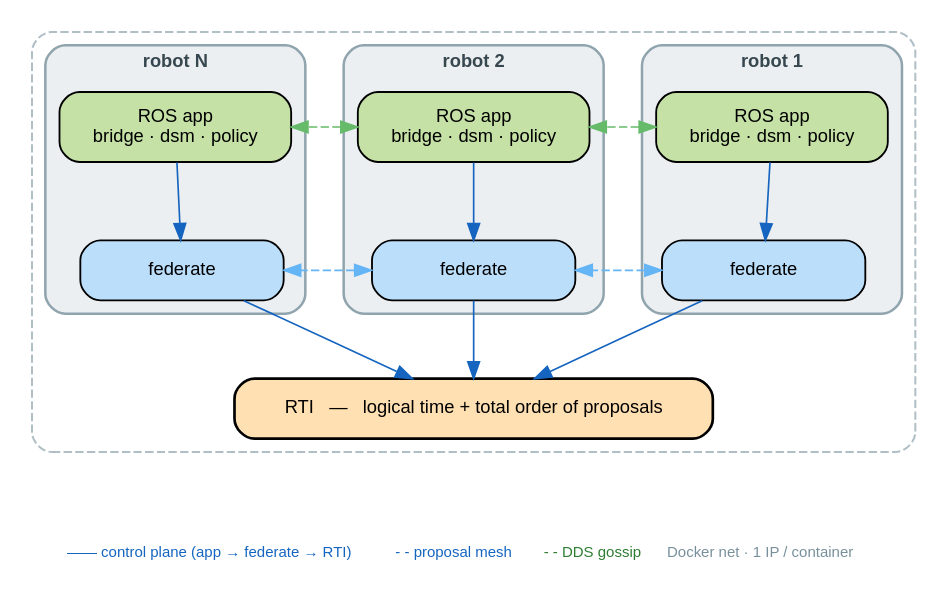
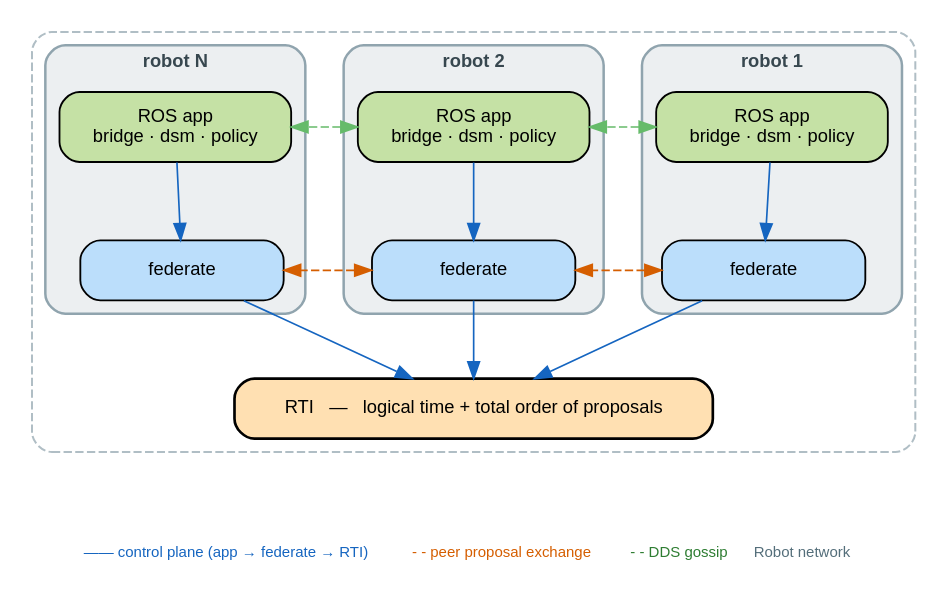
The diagram in figures/testbed/arch/architecture_system.dot (edge-inference/collabtime-testbed), drawn with Graphviz before and after one commit. The commit also changed 3 other files, not shown here.

Commit message:
Clarify testbed architecture legend

```diff
--- a/figures/testbed/arch/architecture_system.dot
+++ b/figures/testbed/arch/architecture_system.dot
@@ -1,58 +1,58 @@
 // Context-Fabric testbed — system architecture (thesis figure).
 // Each robot (ROS app + coordination-microservice federate) is a bounded box;
-// both are separate containers with their own IP on the Docker bridge "lf".
+// both are separate containers with their own IP on the robot network.
 // Layers: robot apps (top) -> federates (middle) -> RTI (bottom).
 // Render:  dot -Tpng architecture_system.dot -o architecture_system.png
 digraph testbed {
   rankdir=TB; bgcolor="white"; fontname="Helvetica";
   nodesep=0.55; ranksep=0.65; compound=true;
   node [shape=box, style="rounded,filled", fontname="Helvetica", fontsize=11, margin="0.18,0.12", penwidth=1.1, width=1.7, fixedsize=false];
   edge [fontname="Helvetica", fontsize=9, color="#546e7a"];
 
   subgraph cluster_lf {
     color="#b0bec5"; style="rounded,dashed"; penwidth=1.2; label="";
 
     subgraph cluster_r1 {
       label="robot 1"; fontname="Helvetica-Bold"; fontsize=11; fontcolor="#37474f";
       style="rounded,filled"; fillcolor="#eceff1"; color="#90a4ae"; penwidth=1.5;
       a1 [label="ROS app\nbridge · dsm · policy", fillcolor="#c5e1a5"];
       f1 [label="federate", fillcolor="#bbdefb"];
       a1 -> f1 [color="#1565c0"];
     }
     subgraph cluster_r2 {
       label="robot 2"; fontname="Helvetica-Bold"; fontsize=11; fontcolor="#37474f";
       style="rounded,filled"; fillcolor="#eceff1"; color="#90a4ae"; penwidth=1.5;
       a2 [label="ROS app\nbridge · dsm · policy", fillcolor="#c5e1a5"];
       f2 [label="federate", fillcolor="#bbdefb"];
       a2 -> f2 [color="#1565c0"];
     }
     subgraph cluster_rN {
       label="robot N"; fontname="Helvetica-Bold"; fontsize=11; fontcolor="#37474f";
       style="rounded,filled"; fillcolor="#eceff1"; color="#90a4ae"; penwidth=1.5;
       aN [label="ROS app\nbridge · dsm · policy", fillcolor="#c5e1a5"];
       fN [label="federate", fillcolor="#bbdefb"];
       aN -> fN [color="#1565c0"];
     }
 
     rti [label="RTI   —   logical time + total order of proposals", fillcolor="#ffe0b2", penwidth=1.6];
 
     f1 -> rti [color="#1565c0"];
     f2 -> rti [color="#1565c0"];
     fN -> rti [color="#1565c0"];
-    f1 -> f2 [dir=both, style=dashed, color="#64b5f6", constraint=false];
-    f2 -> fN [dir=both, style=dashed, color="#64b5f6", constraint=false];
+    f1 -> f2 [dir=both, style=dashed, color="#D55E00", constraint=false];
+    f2 -> fN [dir=both, style=dashed, color="#D55E00", constraint=false];
     a1 -> a2 [dir=both, style=dashed, color="#66bb6a", constraint=false];
     a2 -> aN [dir=both, style=dashed, color="#66bb6a", constraint=false];
   }
 
   legend [shape=plaintext, fillcolor="none", fontsize=9, label=<
     <table border="0" cellborder="0" cellspacing="6">
       <tr>
         <td align="left"><font color="#1565c0">&#8212;&#8212; control plane (app &#8594; federate &#8594; RTI)</font></td>
-        <td align="left"><font color="#1565c0">- - proposal mesh</font></td>
+        <td align="left"><font color="#D55E00">- - peer proposal exchange</font></td>
         <td align="left"><font color="#2e7d32">- - DDS gossip</font></td>
-        <td align="left"><font color="#78909c">Docker net &#183; 1 IP / container</font></td>
+        <td align="left"><font color="#546e7a">Robot network</font></td>
       </tr>
     </table>>];
   rti -> legend [style=invis];
 }
```
